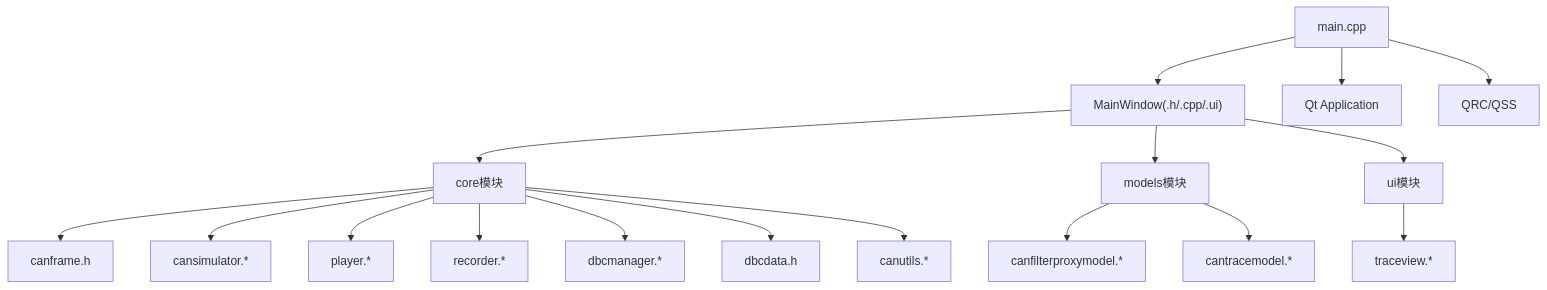
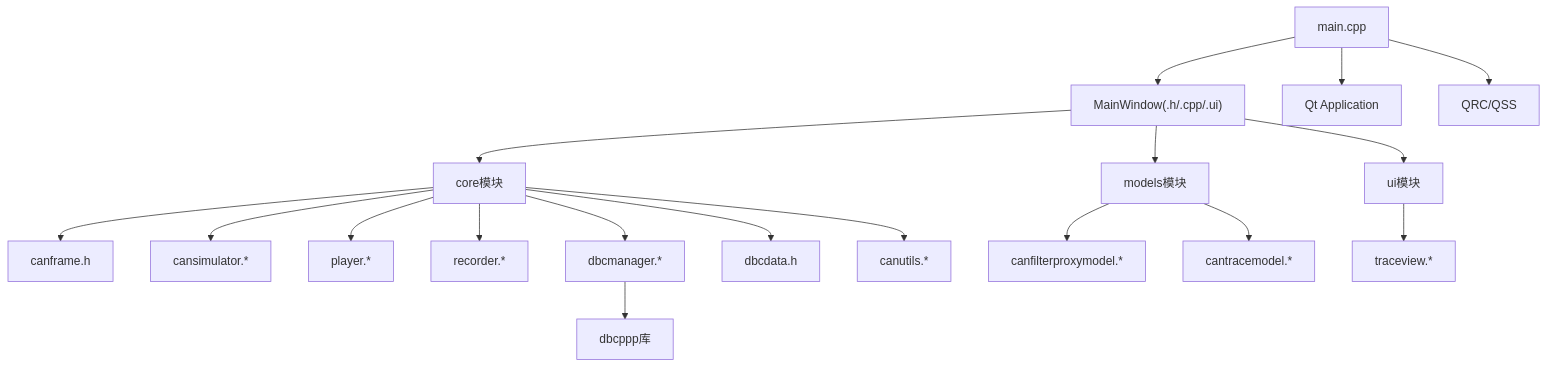
The sixth of 6 diagrams in .qoder/repowiki/zh/content/核心模块详解/核心模块详解.md (jakecai1225-design/OpenBus), drawn with Mermaid before and after one commit. The commit also changed other lines of this file and 16 other files, not shown here.

````diff
--- a/.qoder/repowiki/zh/content/核心模块详解/核心模块详解.md
+++ b/.qoder/repowiki/zh/content/核心模块详解/核心模块详解.md
@@ -525,19 +546,20 @@
 ```mermaid
 graph TB
 Main["main.cpp"] --> Win["MainWindow(.h/.cpp/.ui)"]
 Win --> Core["core模块"]
 Win --> Models["models模块"]
 Win --> UI["ui模块"]
 Core --> CanFrame["canframe.h"]
 Core --> Simulator["cansimulator.*"]
 Core --> Player["player.*"]
 Core --> Recorder["recorder.*"]
 Core --> DBCManager["dbcmanager.*"]
 Core --> DBCData["dbcdata.h"]
 Models --> FilterModel["canfilterproxymodel.*"]
 Models --> TraceModel["cantracemodel.*"]
 UI --> TraceView["traceview.*"]
 Core --> Utils["canutils.*"]
+DBCManager --> DBCPP["dbcppp库"]
 Main --> QtA["Qt Application"]
 Main --> Res["QRC/QSS"]
 ```
````
